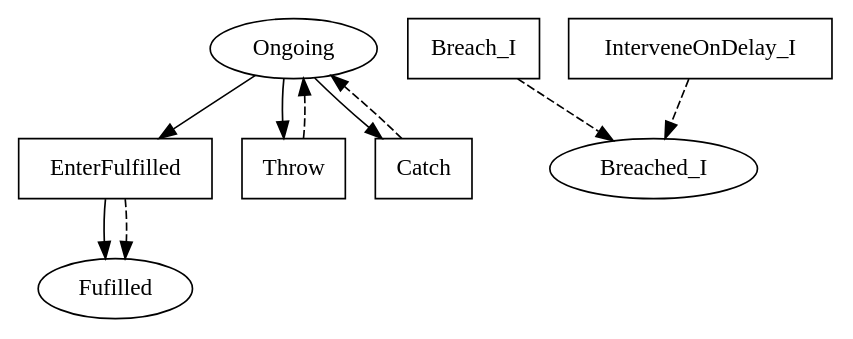
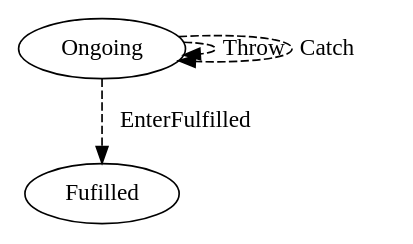
Before and after one commit to Marcao02/complaw-deeptech: the diagram in linear_state_machine_language/pyL4/examples/out_graphviz/toy_and_teaching/minimal_future-actions2.dot, drawn with Graphviz. The commit also changed 46 other files, not shown here.

Commit message:
better flowcharts, full goodenough/flood example

```diff
--- a/linear_state_machine_language/pyL4/examples/out_graphviz/toy_and_teaching/minimal_future-actions2.dot
+++ b/linear_state_machine_language/pyL4/examples/out_graphviz/toy_and_teaching/minimal_future-actions2.dot
@@ -1,29 +1,19 @@
 // THIS IS A GENERATED FILE. DO NOT EDIT.
 
 digraph test_contract_2_for_must_later {    
     Fulfilled[label=Fufilled];
-    Ongoing[label=Ongoing];
-	Breached_I[label=Breached_I]
+    Ongoing[label=Ongoing]
+        
     
-    EnterFulfilled[label=EnterFufilled,shape=box]; 
-    Throw[label=Throw,shape=box];
-	Catch[label=Catch,shape=box];
-	EnterFulfilled[label=EnterFulfilled,shape=box];
-	Breach_I[label=Breach_I,shape=box];
-	InterveneOnDelay_I[label=InterveneOnDelay_I,shape=box]    
+         
     
-    EnterFulfilled -> Fulfilled;
     
-    Ongoing -> Throw;
-	Ongoing -> EnterFulfilled;
-	Ongoing -> Catch
     
-    Throw -> Ongoing [style=dashed];
-	Catch -> Ongoing [style=dashed];
-	EnterFulfilled -> Fulfilled [style=dashed];
-	Breach_I -> Breached_I [style=dashed];
-	InterveneOnDelay_I -> Breached_I [style=dashed];
+    
+    Ongoing -> Fulfilled [style=dashed,label=EnterFulfilled];
 	     
     
-       
+    Ongoing -> Ongoing [style=dashed,label=Throw];
+	Ongoing -> Ongoing [style=dashed,label=Catch];
+	   
 }
```
